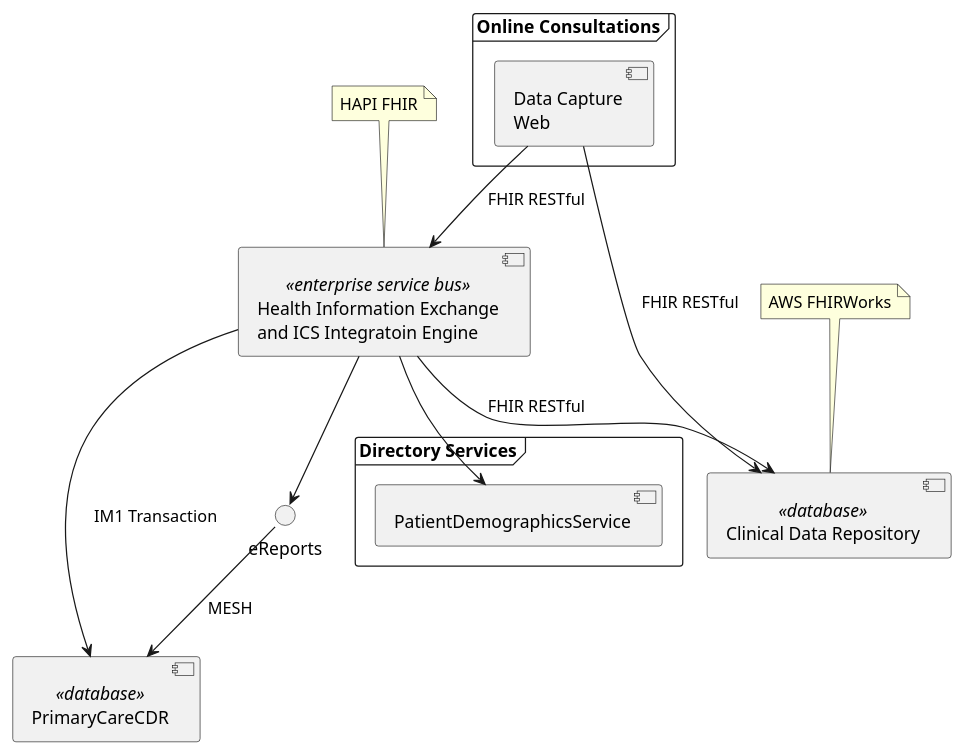
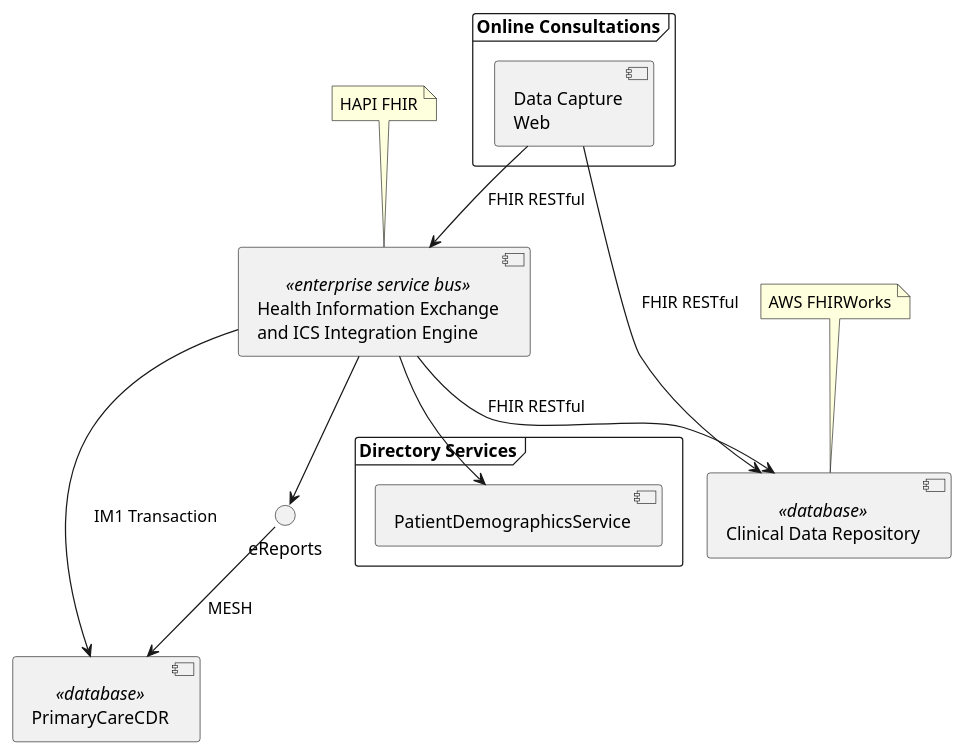
Before and after one commit to Virtually-Healthcare/virtually-healthcare.github.com: the diagram in input/images-source/component-start.plantuml, drawn with PlantUML. The commit also changed 1 other file, not shown here.

Commit message:
ServiceRequest elab

```diff
--- a/input/images-source/component-start.plantuml
+++ b/input/images-source/component-start.plantuml
@@ -2,44 +2,44 @@
   @startuml
 
     component "Clinical Data Repository" as ClinicalDataRepository <<database>>
 
-    component "Health Information Exchange\nand ICS Integratoin Engine" as HealthInformationExchange <<enterprise service bus>>
+    component "Health Information Exchange\nand ICS Integration Engine" as HealthInformationExchange <<enterprise service bus>>
 
 
     component PrimaryCareCDR <<database>>
 
 
     frame "Directory Services" as CSD {
       component "PatientDemographicsService" as PDS
     }
 
     frame "Online Consultations" as online {
       component "Data Capture\nWeb" as DataCaptureWeb
 
     }
 
     note as FHIR
 AWS FHIRWorks
 end note
 
     note as ESB
 HAPI FHIR
 end note
 
 
     FHIR .. ClinicalDataRepository
     ESB .. HealthInformationExchange
 
 
     DataCaptureWeb --> ClinicalDataRepository : FHIR RESTful
     DataCaptureWeb --> HealthInformationExchange : FHIR RESTful
 
 
     HealthInformationExchange --> eReports
     HealthInformationExchange --> PrimaryCareCDR : IM1 Transaction
     HealthInformationExchange --> ClinicalDataRepository : FHIR RESTful
     eReports --> PrimaryCareCDR : MESH
 
     HealthInformationExchange --> PDS
 
   @enduml
```
